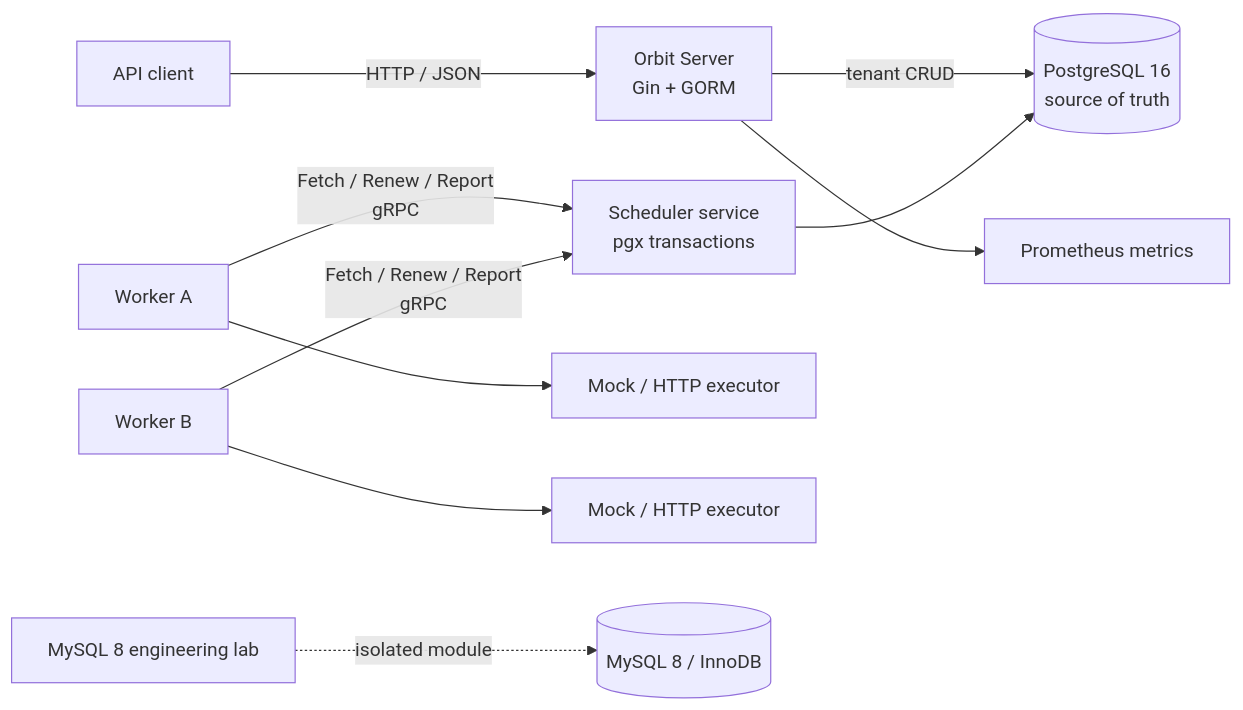
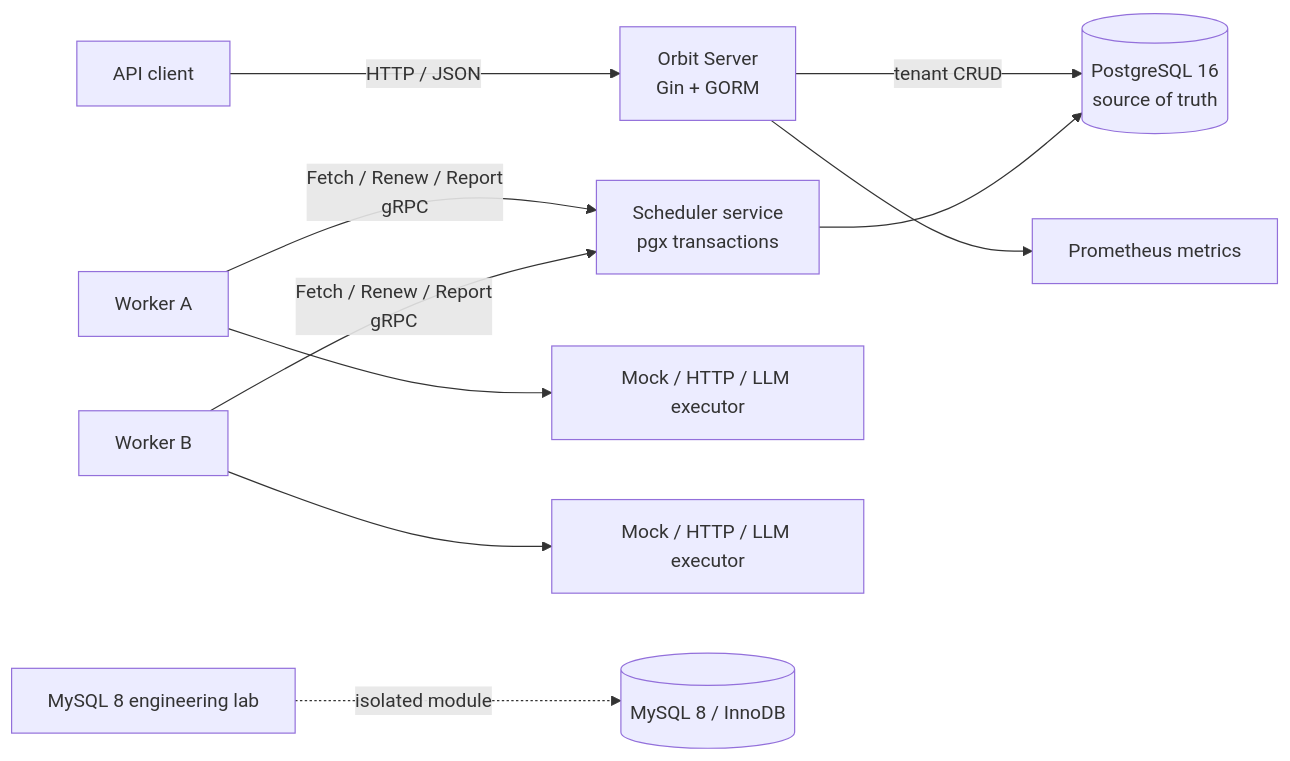
Before and after one commit to mrussss/orbit-scheduler: the diagram in README.md, drawn with Mermaid. The commit also changed other lines of this file and 41 other files, not shown here.

Commit message:
feat(executor): implement reliable llm tasks

````diff
--- a/README.md
+++ b/README.md
@@ -32,13 +32,13 @@
 ```mermaid
 flowchart LR
     Client[API client] -->|HTTP / JSON| API[Orbit Server\nGin + GORM]
     API -->|tenant CRUD| PG[(PostgreSQL 16\nsource of truth)]
     WorkerA[Worker A] -->|Fetch / Renew / Report\ngRPC| Scheduler[Scheduler service\npgx transactions]
     WorkerB[Worker B] -->|Fetch / Renew / Report\ngRPC| Scheduler
     Scheduler --> PG
-    WorkerA --> ExecA[Mock / HTTP executor]
-    WorkerB --> ExecB[Mock / HTTP executor]
+    WorkerA --> ExecA[Mock / HTTP / LLM executor]
+    WorkerB --> ExecB[Mock / HTTP / LLM executor]
     API --> Metrics[Prometheus metrics]
 
     Lab[MySQL 8 engineering lab] -. isolated module .-> MySQL[(MySQL 8 / InnoDB)]
 ```
````
